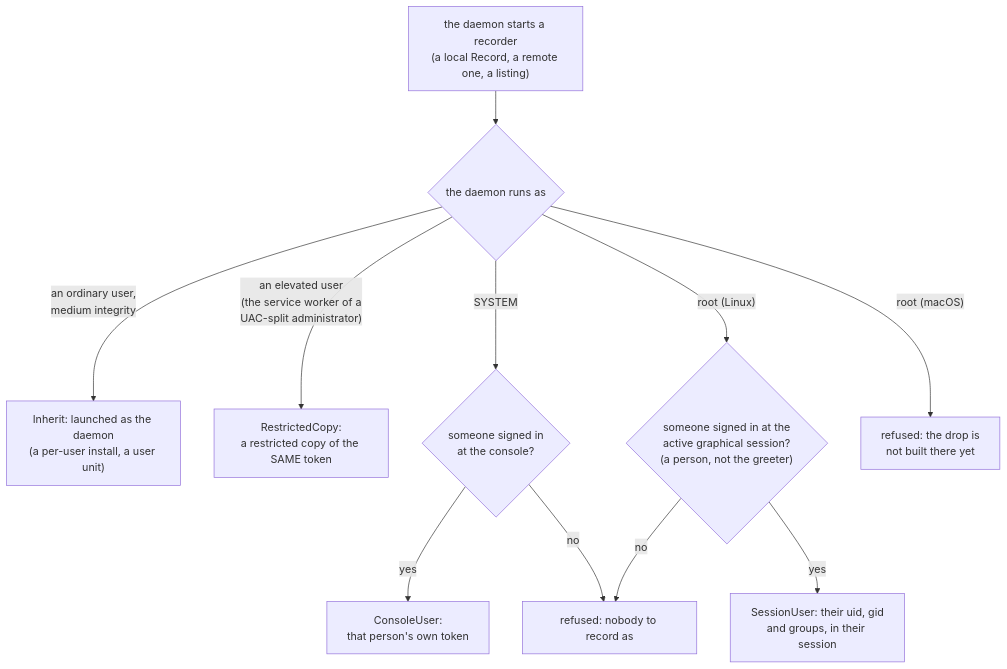
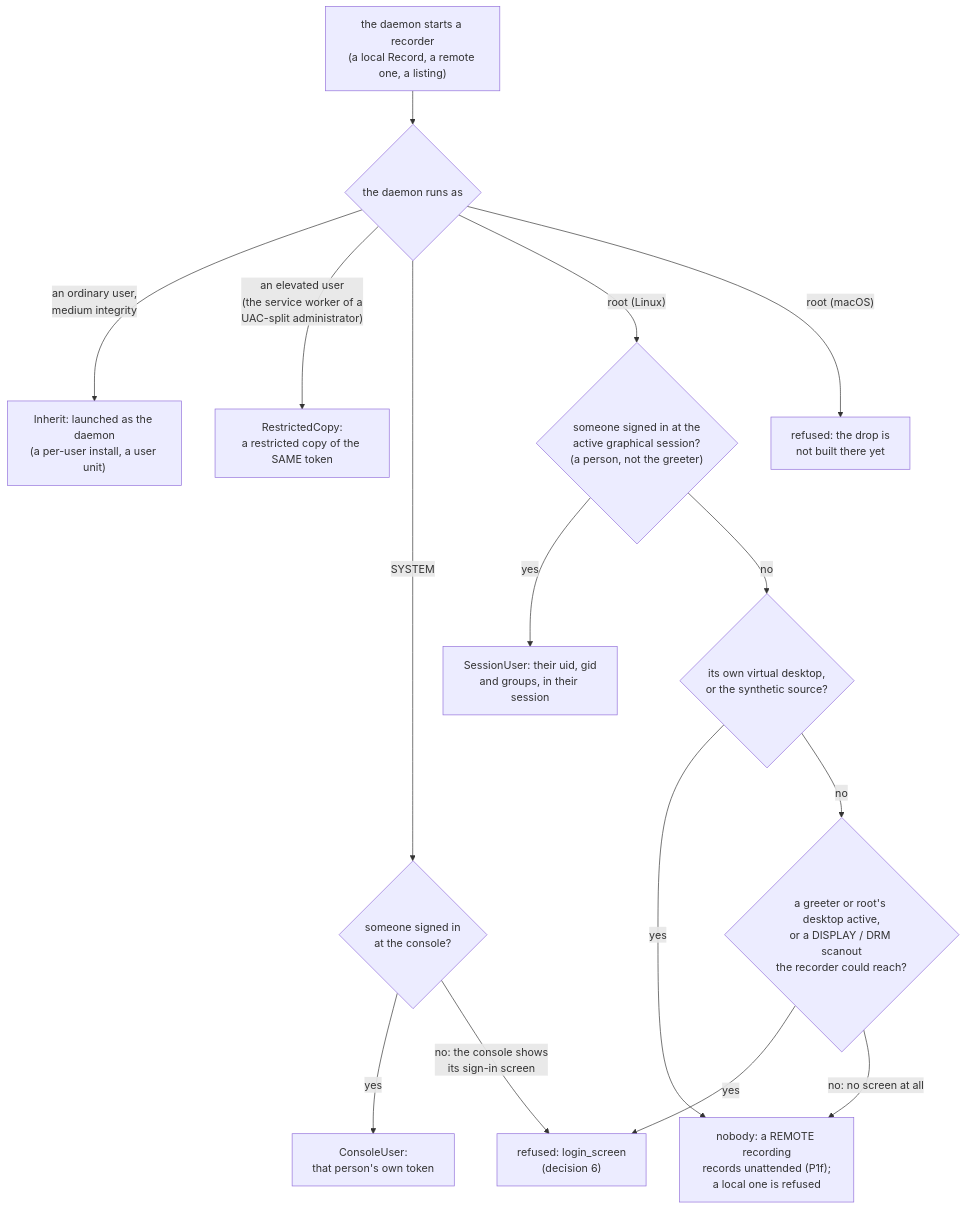
One commit to gjovanov/roomler-ai changed the fifth of 13 diagrams in docs/recording.md. Above: the diagram before and after it, drawn with Mermaid. The commit also changed other lines of this file and 13 other files, not shown here.

First line of the commit message:
fix(fr-85): a login screen is not "nobody" — refused by name, never unattended (decision 6) (#1720)

````diff
--- a/docs/recording.md
+++ b/docs/recording.md
@@ -372,13 +372,17 @@
 ```mermaid
 flowchart TD
     D["the daemon starts a recorder<br/>(a local Record, a remote one, a listing)"] --> S{"the daemon runs as"}
     S -->|"an ordinary user,<br/>medium integrity"| I["Inherit: launched as the daemon<br/>(a per-user install, a user unit)"]
     S -->|"an elevated user<br/>(the service worker of a<br/>UAC-split administrator)"| R["RestrictedCopy:<br/>a restricted copy of the SAME token"]
     S -->|"SYSTEM"| C{"someone signed in<br/>at the console?"}
     C -->|yes| U["ConsoleUser:<br/>that person's own token"]
-    C -->|no| N["refused: nobody to record as"]
+    C -->|"no: the console shows<br/>its sign-in screen"| LS["refused: login_screen<br/>(decision 6)"]
     S -->|"root (Linux)"| L{"someone signed in at the<br/>active graphical session?<br/>(a person, not the greeter)"}
     L -->|yes| SU["SessionUser: their uid, gid<br/>and groups, in their session"]
-    L -->|no| N
+    L -->|no| V{"its own virtual desktop,<br/>or the synthetic source?"}
+    V -->|yes| N["nobody: a REMOTE recording<br/>records unattended (P1f);<br/>a local one is refused"]
+    V -->|no| G{"a greeter or root's desktop active,<br/>or a DISPLAY / DRM scanout<br/>the recorder could reach?"}
+    G -->|yes| LS
+    G -->|"no: no screen at all"| N
     S -->|"root (macOS)"| X["refused: the drop is<br/>not built there yet"]
 ```
````
